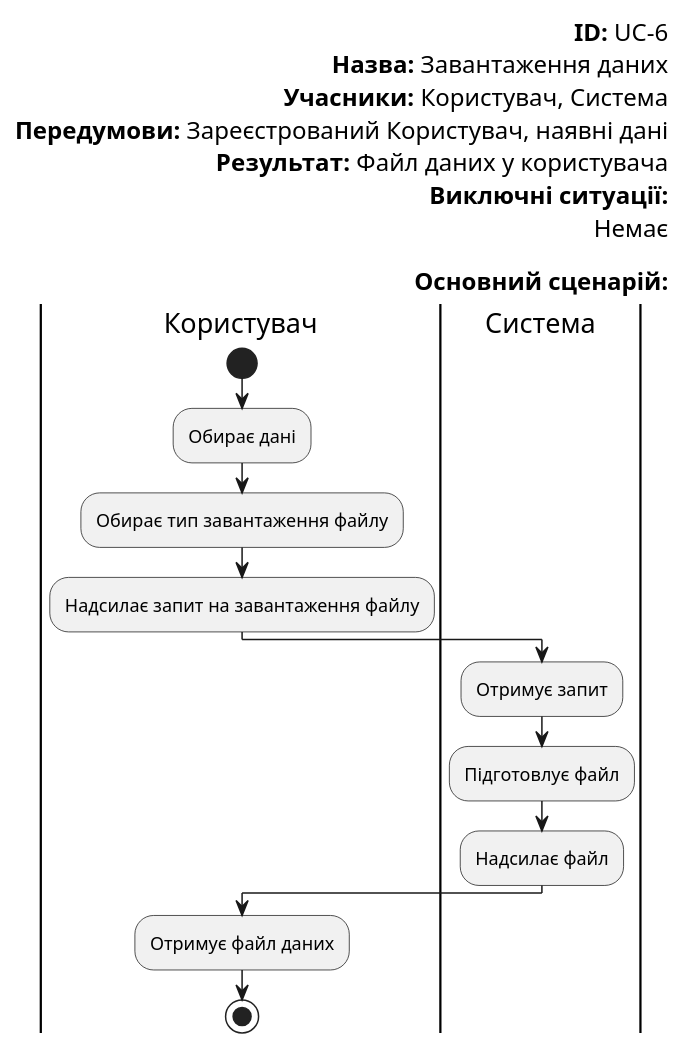
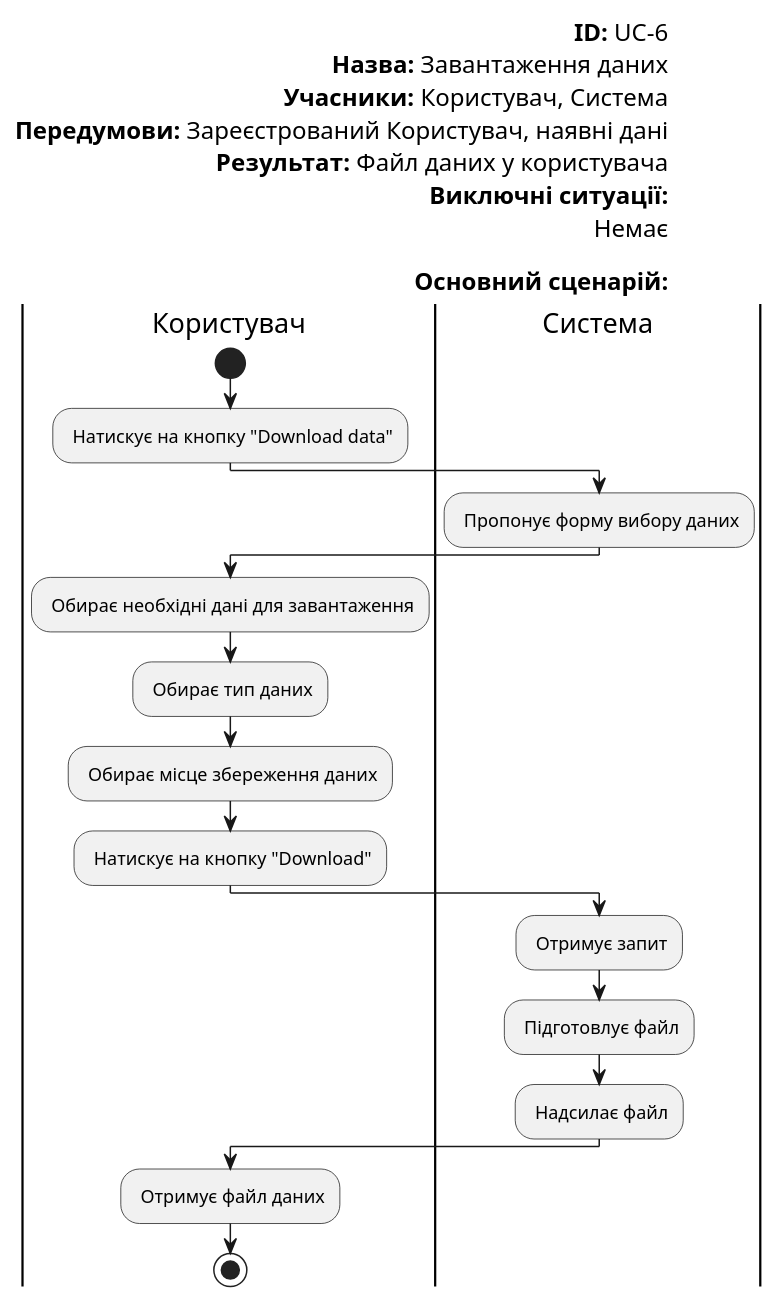
Before and after one commit to horidor/open-data-management-system: the tenth of 12 diagrams in docs/use cases/README.md, drawn with PlantUML. The commit also changed other lines of this file, not shown here.

```diff
--- a/docs/use cases/README.md
+++ b/docs/use cases/README.md
@@ -305,28 +328,33 @@
 @startuml
 
     left header
         <font color=000 size=16><b>ID:</b> UC-6
         <font color=000 size=16><b>Назва:</b> Завантаження даних
         <font color=000 size=16><b>Учасники:</b> Користувач, Система
         <font color=000 size=16><b>Передумови:</b> Зареєстрований Користувач, наявні дані
         <font color=000 size=16><b>Результат:</b> Файл даних у користувача
         <font color=000 size=16><b>Виключні ситуації:</b>
         <font color=000 size=16> Немає
         
         <font color=000 size=16><b>Основний сценарій:</b>
     end header
 
     |Користувач|
         start
-        :Обирає дані;
-        :Обирає тип завантаження файлу;
-        :Надсилає запит на завантаження файлу;
+        : Натискує на кнопку "Download data";
     |Система|
-        :Отримує запит; 
-        :Підготовлує файл;
-        :Надсилає файл;
+        : Пропонує форму вибору даних;
     |Користувач|
-        :Отримує файл даних;
+        : Обирає необхідні дані для завантаження;
+        : Обирає тип даних;
+        : Обирає місце збереження даних;
+        : Натискує на кнопку "Download";
+    |Система|
+        : Отримує запит; 
+        : Підготовлує файл;
+        : Надсилає файл;
+    |Користувач|
+        : Отримує файл даних;
         stop
         
 @enduml
```
